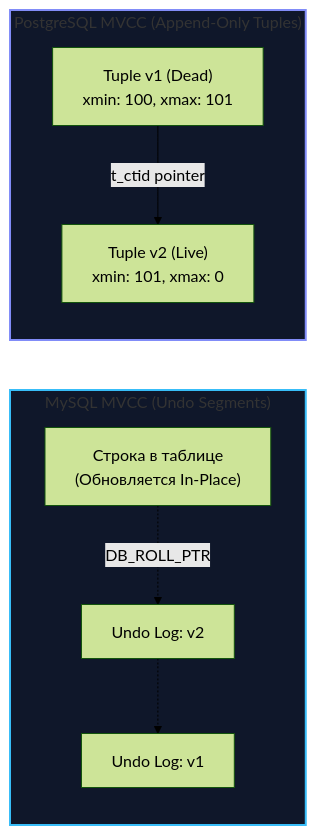
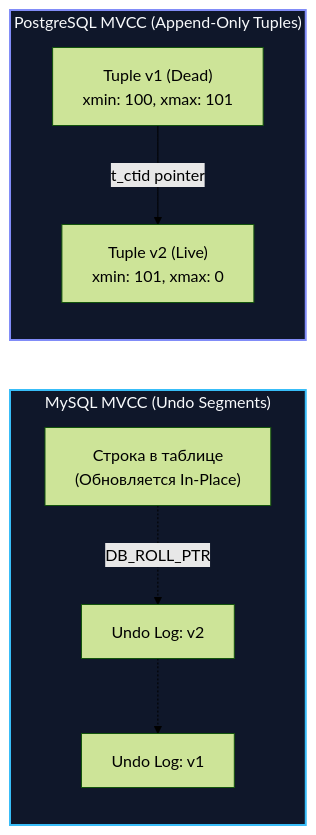
Before and after one commit to UnrealTemplier/go-textbook: the third of 3 diagrams in sources/12. Базы данных/07. MySQL и форки/6. Отличия MySQL и PostgreSQL.md, drawn with Mermaid (forest theme). The commit also changed other lines of this file and 310 other files, not shown here.

First line of the commit message:
fix(mermaid): replace light fill colors with dark palette for readability on dark theme

````diff
--- a/sources/12. Базы данных/07. MySQL и форки/6. Отличия MySQL и PostgreSQL.md
+++ b/sources/12. Базы данных/07. MySQL и форки/6. Отличия MySQL и PostgreSQL.md
@@ -105,19 +105,19 @@
 ```mermaid
 flowchart LR
     subgraph MySQL_MVCC ["MySQL MVCC (Undo Segments)"]
         MRow["Строка в таблице<br>(Обновляется In-Place)"]
         Undo1["Undo Log: v2"]
         Undo2["Undo Log: v1"]
         MRow -.->|"DB_ROLL_PTR"| Undo1
         Undo1 -.-> Undo2
     end
 
     subgraph PG_MVCC ["PostgreSQL MVCC (Append-Only Tuples)"]
         TupleV1["Tuple v1 (Dead)<br>xmin: 100, xmax: 101"]
         TupleV2["Tuple v2 (Live)<br>xmin: 101, xmax: 0"]
         TupleV1 -->|"t_ctid pointer"| TupleV2
     end
 
-    style MySQL_MVCC fill:#0f172a,stroke:#38bdf8,stroke-width:2px
-    style PG_MVCC fill:#0f172a,stroke:#818cf8,stroke-width:2px
+    style MySQL_MVCC fill:#0f172a,stroke:#38bdf8,stroke-width:2px,color:#f8fafc
+    style PG_MVCC fill:#0f172a,stroke:#818cf8,stroke-width:2px,color:#f8fafc
 ```
````
